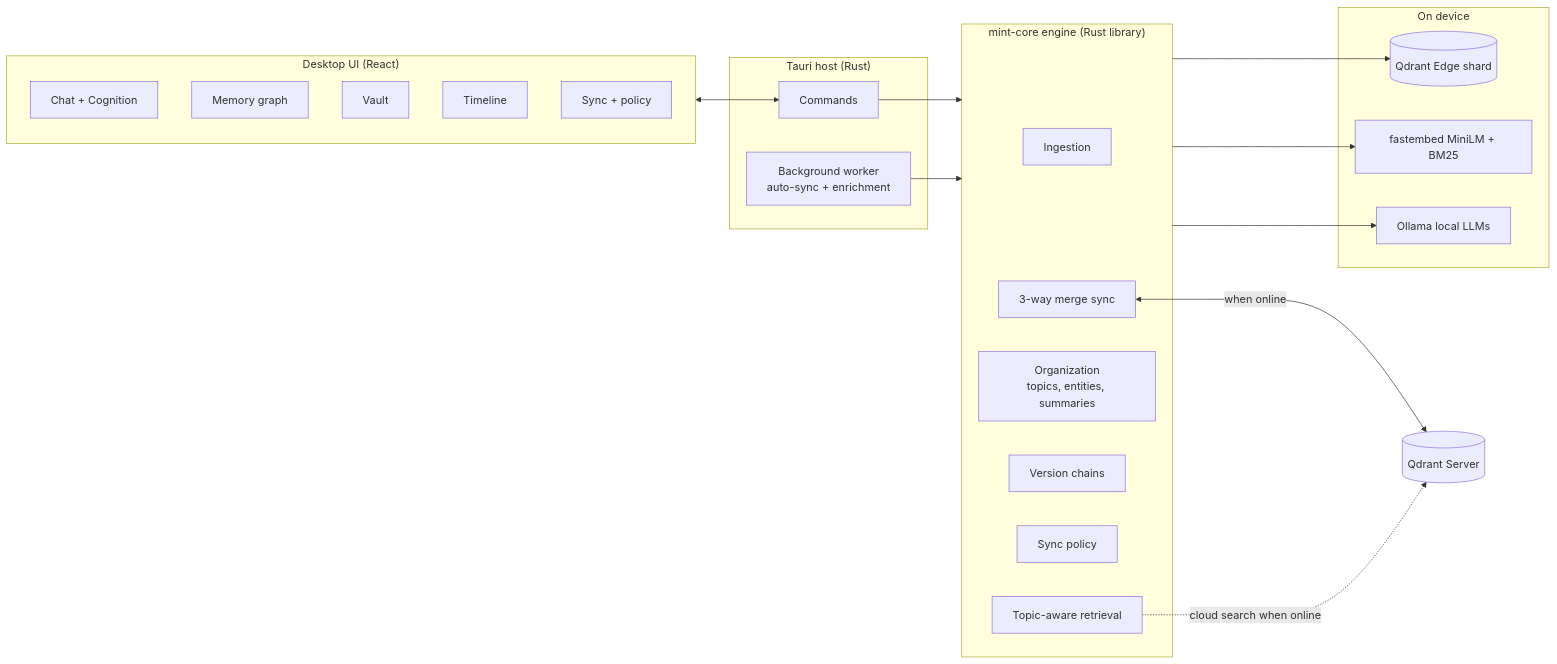
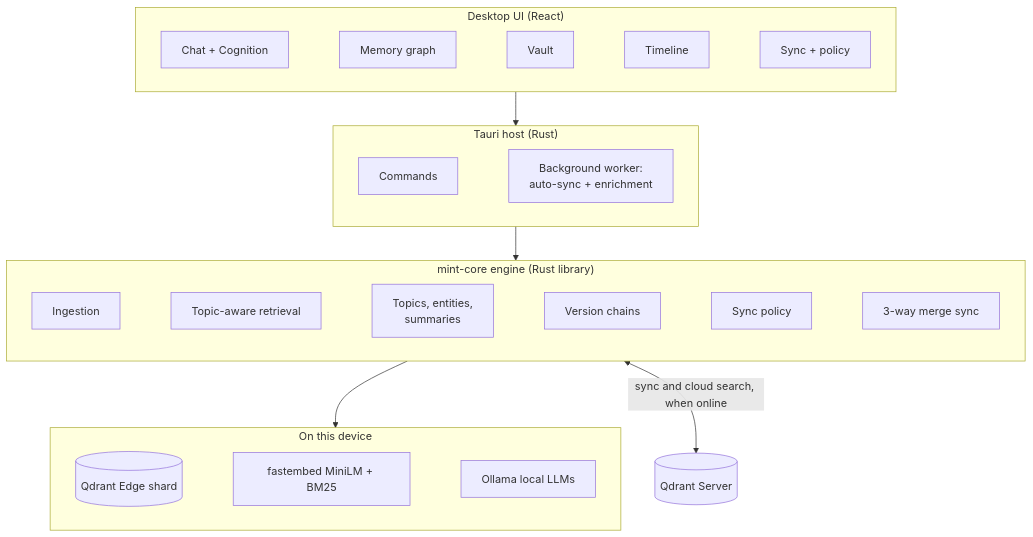
Before and after one commit to firecodespace/mint: the first of 9 diagrams in README.md, drawn with Mermaid. The commit also changed other lines of this file, not shown here.

First line of the commit message:
Update README mermaid diagrams

````diff
--- a/README.md
+++ b/README.md
@@ -61,41 +61,45 @@
 ```mermaid
-flowchart LR
+flowchart TB
     subgraph UI["Desktop UI (React)"]
+        direction LR
         Chat[Chat + Cognition]
         Graph[Memory graph]
         Vault[Vault]
         Timeline[Timeline]
         SyncUI[Sync + policy]
+        Chat ~~~ Graph ~~~ Vault ~~~ Timeline ~~~ SyncUI
     end
 
     subgraph App["Tauri host (Rust)"]
+        direction LR
         Cmds[Commands]
-        Worker["Background worker<br/>auto-sync + enrichment"]
+        Worker["Background worker:<br/>auto-sync + enrichment"]
+        Cmds ~~~ Worker
     end
 
     subgraph Core["mint-core engine (Rust library)"]
+        direction LR
         Ingest[Ingestion]
         Retrieve[Topic-aware retrieval]
-        Organize["Organization<br/>topics, entities, summaries"]
+        Organize["Topics, entities,<br/>summaries"]
         Versions[Version chains]
         Policy[Sync policy]
         SyncEng[3-way merge sync]
+        Ingest ~~~ Retrieve ~~~ Organize ~~~ Versions ~~~ Policy ~~~ SyncEng
     end
 
-    subgraph Device["On device"]
+    subgraph Device["On this device"]
+        direction LR
         Edge[(Qdrant Edge shard)]
         Embed[fastembed MiniLM + BM25]
         LLM[Ollama local LLMs]
+        Edge ~~~ Embed ~~~ LLM
     end
 
     Cloud[(Qdrant Server)]
 
-    UI <--> Cmds
-    Cmds --> Core
-    Worker --> Core
-    Core --> Edge
-    Core --> Embed
-    Core --> LLM
-    SyncEng <-->|when online| Cloud
-    Retrieve -.->|cloud search when online| Cloud
+    UI --> App
+    App --> Core
+    Core --> Device
+    Core <-->|sync and cloud search, when online| Cloud
 ```
````
